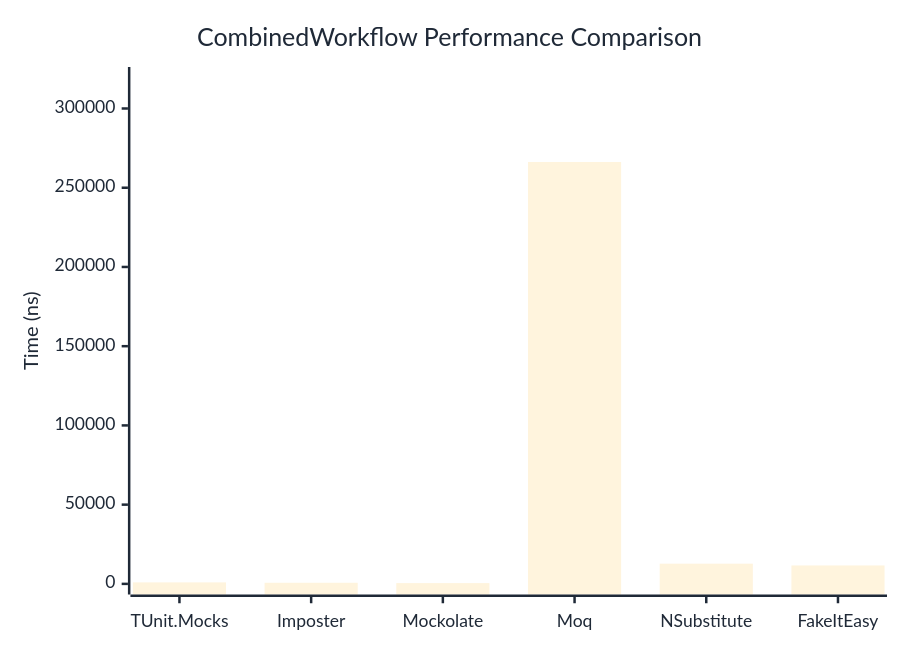
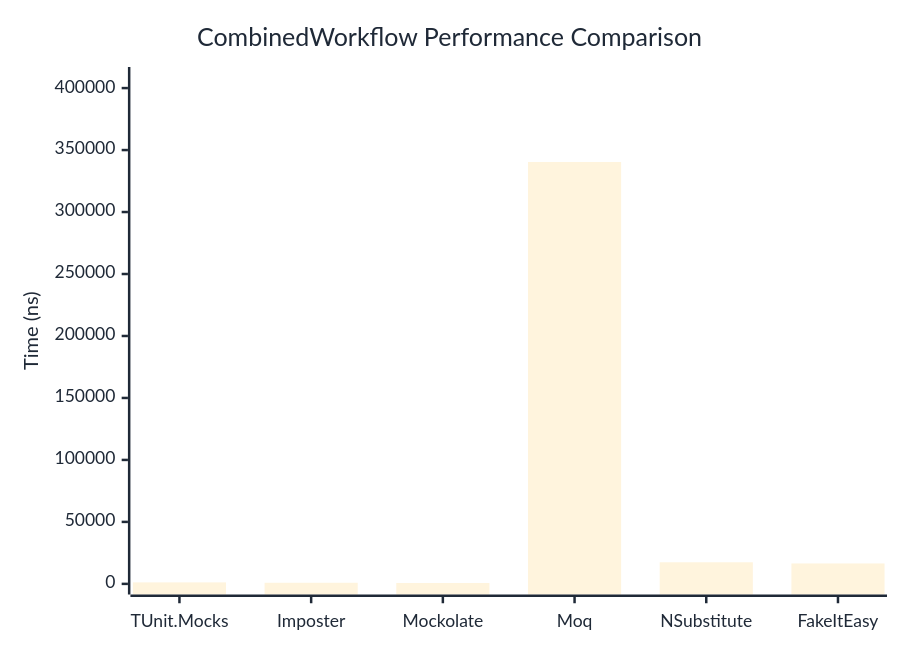
Before and after one commit to thomhurst/TUnit: the diagram in docs/docs/benchmarks/mocks/CombinedWorkflow.md, drawn with Mermaid. The commit also changed other lines of this file and 14 other files, not shown here.

````diff
--- a/docs/docs/benchmarks/mocks/CombinedWorkflow.md
+++ b/docs/docs/benchmarks/mocks/CombinedWorkflow.md
@@ -30,27 +30,27 @@
 ```mermaid
 %%{init: {
   'theme':'base',
   'themeVariables': {
     'primaryColor': '#2563eb',
     'primaryTextColor': '#1f2937',
     'primaryBorderColor': '#1e40af',
     'lineColor': '#6b7280',
     'secondaryColor': '#7c3aed',
     'tertiaryColor': '#dc2626',
     'background': '#ffffff',
     'pie1': '#2563eb',
     'pie2': '#7c3aed',
     'pie3': '#dc2626',
     'pie4': '#f59e0b',
     'pie5': '#10b981',
     'pie6': '#06b6d4',
     'pie7': '#ec4899',
     'pie8': '#6366f1'
   }
 }}%%
 xychart-beta
   title "CombinedWorkflow Performance Comparison"
   x-axis ["TUnit.Mocks", "Imposter", "Mockolate", "Moq", "NSubstitute", "FakeItEasy"]
-  y-axis "Time (ns)" 0 --> 319481
-  bar [942, 696.8, 491.6, 266234.1, 12753.1, 11632.5]
+  y-axis "Time (ns)" 0 --> 408433
+  bar [1198.9, 900.3, 709.5, 340360.4, 17417.7, 16478.2]
 ```
````
